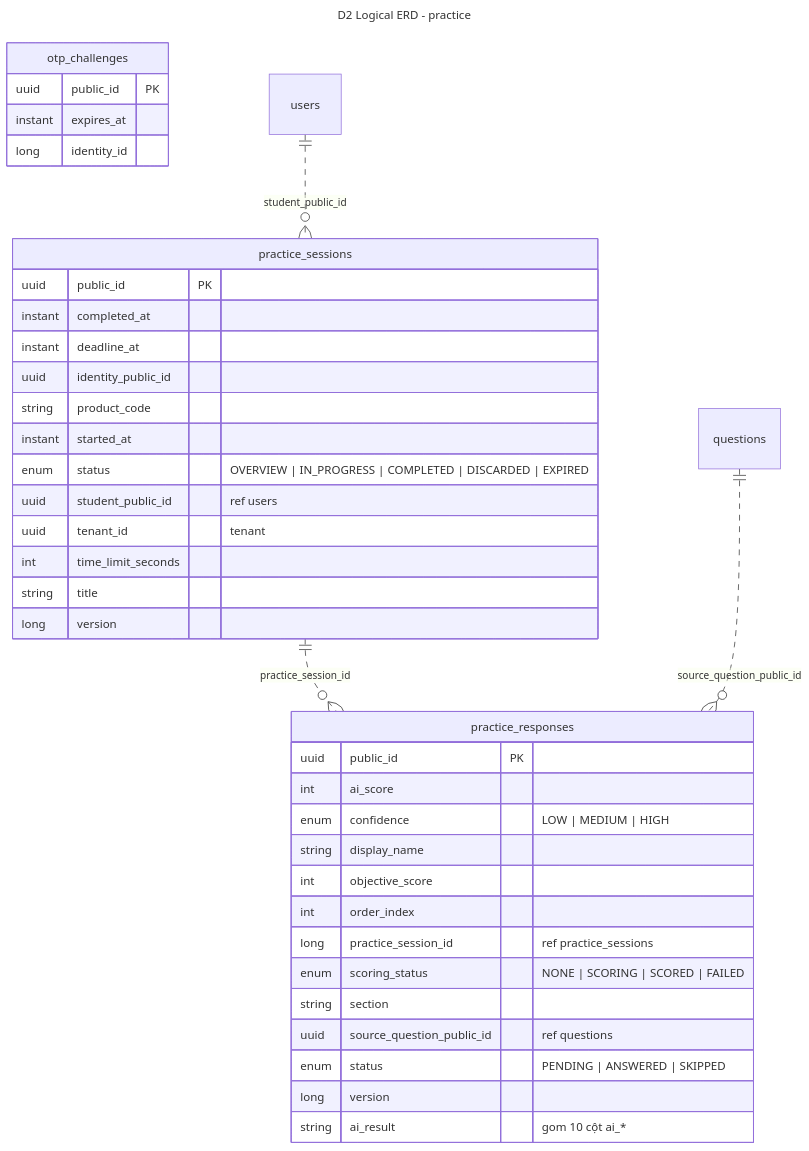
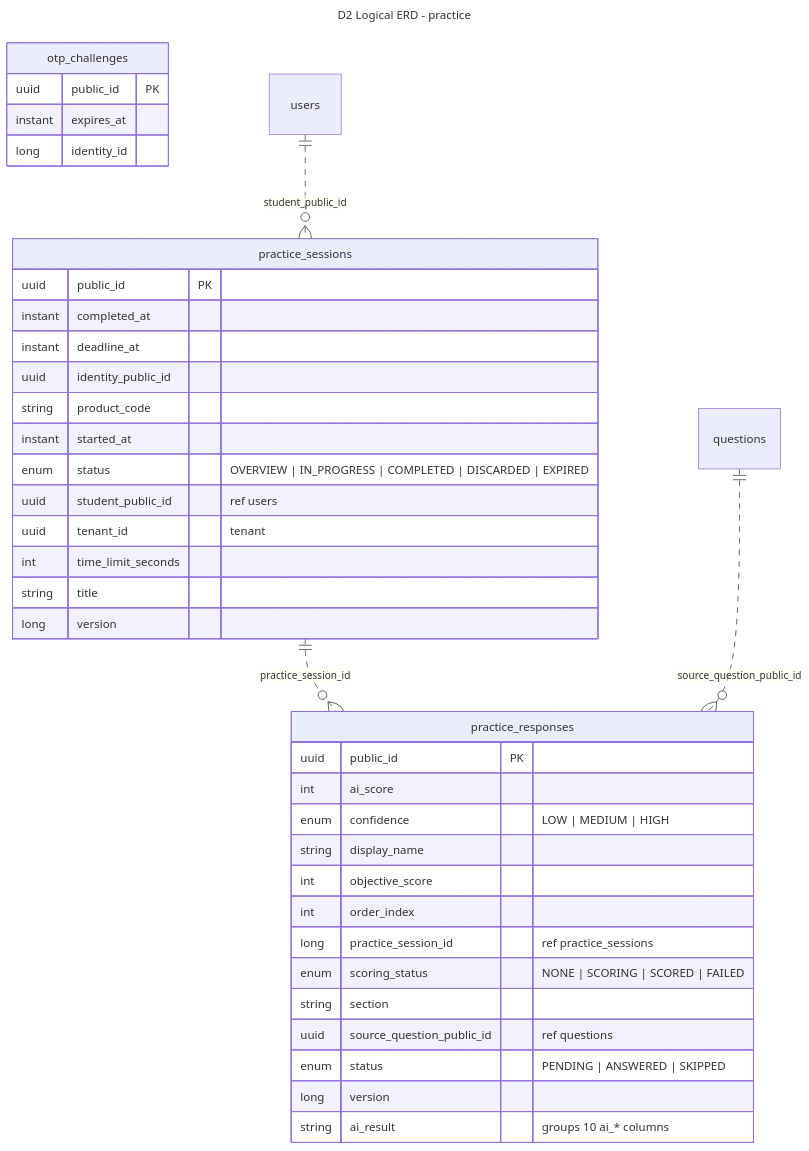
The diagram in projects/architecture/erd/d2-logical-practice.mmd (pte-org/pte-doc), drawn with Mermaid before and after one commit. The commit also changed 59 other files, not shown here.

```diff
--- a/projects/architecture/erd/d2-logical-practice.mmd
+++ b/projects/architecture/erd/d2-logical-practice.mmd
@@ -1,45 +1,45 @@
 ---
 title: D2 Logical ERD - practice
 ---
-%% Sinh bởi gen_erd.py từ V1__baseline.sql. Không sửa tay; sửa script rồi chạy lại.
-%% Nét liền = FK thật trong DB. Nét đứt = tham chiếu logic bằng UUID (không có FK).
-%% Bảng không có thuộc tính = thuộc module khác, xem file D2 tương ứng.
-%% Mọi bảng entity còn có id (bigint), created_at, updated_at, deleted (xóa mềm).
+%% Generated by gen_erd.py from V1__baseline.sql. Do not edit by hand; change the script and rerun it.
+%% Solid line = real FK in the database. Dashed line = logical reference by UUID (no FK).
+%% A table without attributes belongs to another module; see the matching D2 file.
+%% Every entity table also has id (bigint), created_at, updated_at, deleted (soft delete).
 erDiagram
   practice_sessions {
     uuid public_id PK
     instant completed_at
     instant deadline_at
     uuid identity_public_id
     string product_code
     instant started_at
     enum status "OVERVIEW | IN_PROGRESS | COMPLETED | DISCARDED | EXPIRED"
     uuid student_public_id "ref users"
     uuid tenant_id "tenant"
     int time_limit_seconds
     string title
     long version
   }
   practice_responses {
     uuid public_id PK
     int ai_score
     enum confidence "LOW | MEDIUM | HIGH"
     string display_name
     int objective_score
     int order_index
     long practice_session_id "ref practice_sessions"
     enum scoring_status "NONE | SCORING | SCORED | FAILED"
     string section
     uuid source_question_public_id "ref questions"
     enum status "PENDING | ANSWERED | SKIPPED"
     long version
-    string ai_result "gom 10 cột ai_*"
+    string ai_result "groups 10 ai_* columns"
   }
   otp_challenges {
     uuid public_id PK
     instant expires_at
     long identity_id
   }
   users ||..o{ practice_sessions : "student_public_id"
   practice_sessions ||..o{ practice_responses : "practice_session_id"
   questions ||..o{ practice_responses : "source_question_public_id"
```
